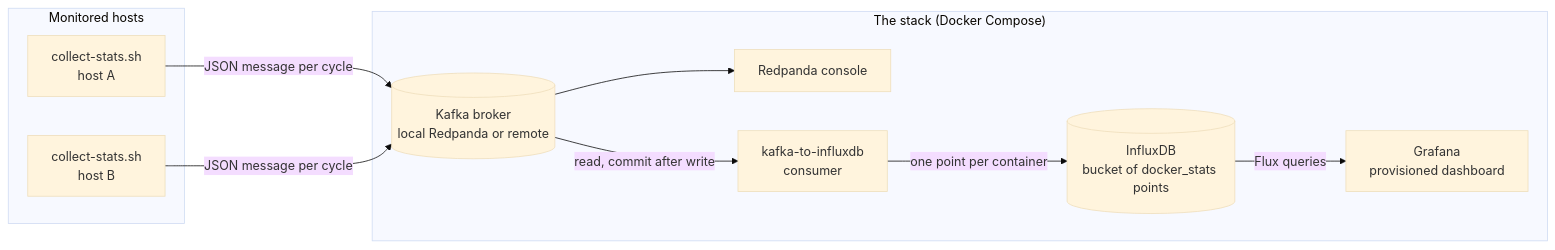
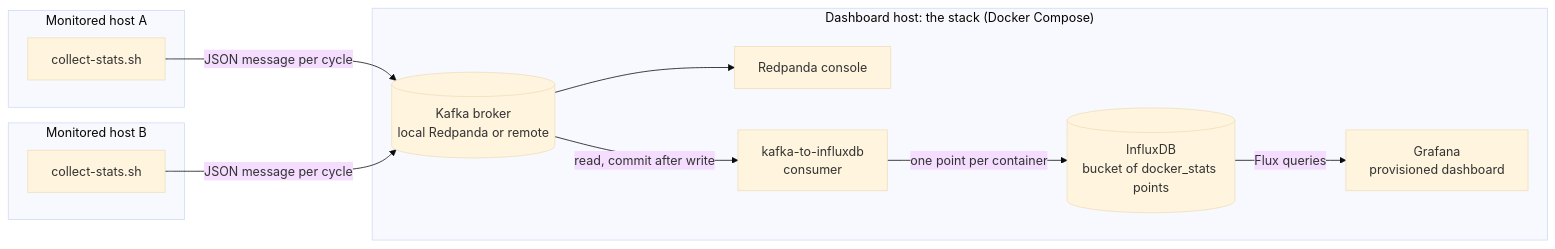
Before and after one commit to erancha/docker-stats-grafana: the diagram in docs/architecture.md, drawn with Mermaid (base theme). The commit also changed other lines of this file and 6 other files, not shown here.

````diff
--- a/docs/architecture.md
+++ b/docs/architecture.md
@@ -5,20 +9,22 @@
 ```mermaid
 flowchart LR
-    subgraph hosts["Monitored hosts"]
-        P1["collect-stats.sh<br/>host A"]
-        P2["collect-stats.sh<br/>host B"]
+    subgraph hostA["Monitored host A"]
+        P1["collect-stats.sh"]
     end
-    subgraph stack["The stack (Docker Compose)"]
+    subgraph hostB["Monitored host B"]
+        P2["collect-stats.sh"]
+    end
+    subgraph stack["Dashboard host: the stack (Docker Compose)"]
         K[("Kafka broker<br/>local Redpanda or remote")]
         RC["Redpanda console"]
         C["kafka-to-influxdb<br/>consumer"]
         I[("InfluxDB<br/>bucket of docker_stats points")]
         G["Grafana<br/>provisioned dashboard"]
     end
     P1 -->|"JSON message per cycle"| K
     P2 -->|"JSON message per cycle"| K
     K --> RC
     K -->|"read, commit after write"| C
     C -->|"one point per container"| I
     I -->|Flux queries| G
 ```
````
